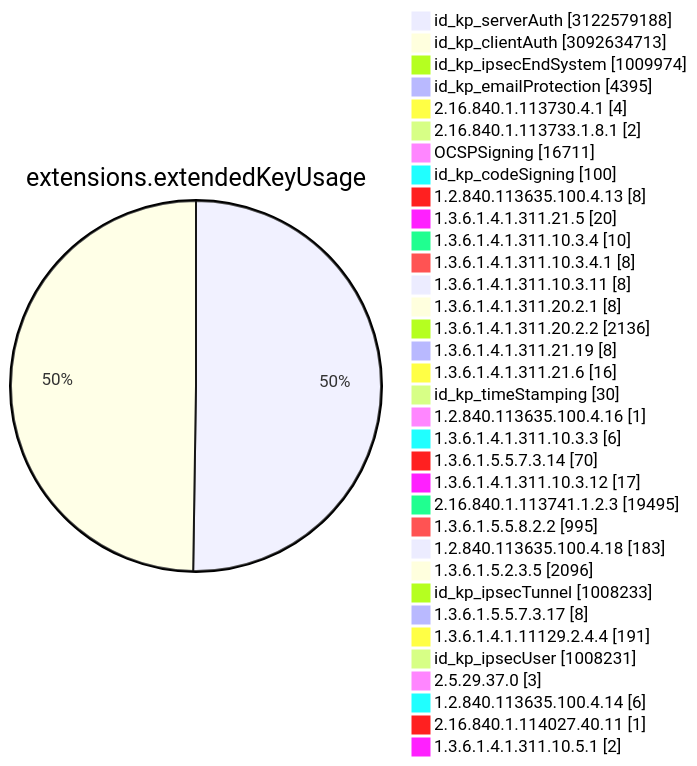
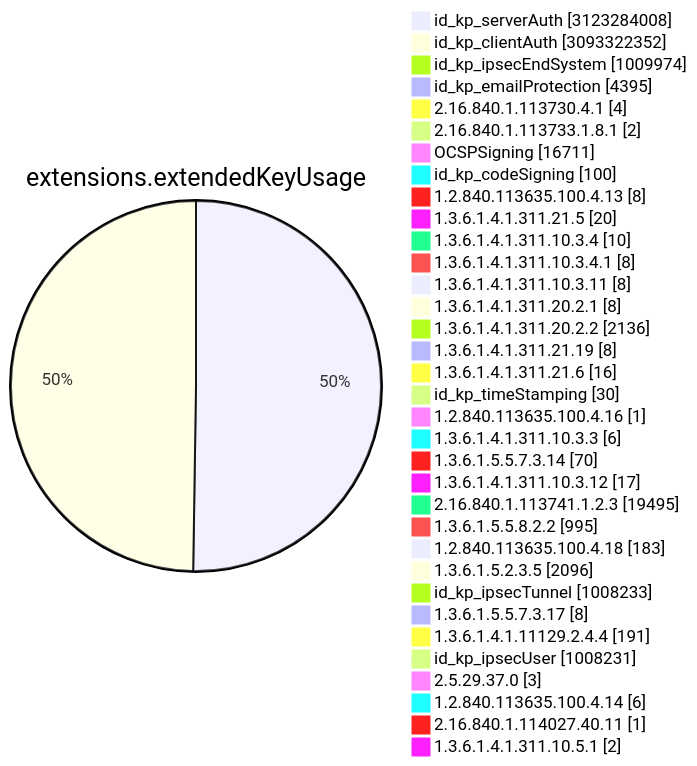
One commit to christiankrug/ctmonitor_visualization changed diagram 11 of 15 in TOTAL/README.md. Above: the diagram before and after it, drawn with Mermaid. The commit also changed other lines of this file, not shown here.

````diff
--- a/TOTAL/README.md
+++ b/TOTAL/README.md
@@ -4119,38 +4119,38 @@
 ```mermaid
 pie showData
 title extensions.extendedKeyUsage
-"id_kp_serverAuth" :3122579188
-"id_kp_clientAuth" :3092634713
+"id_kp_serverAuth" :3123284008
+"id_kp_clientAuth" :3093322352
 "id_kp_ipsecEndSystem" :1009974
 "id_kp_emailProtection" :4395
 "2.16.840.1.113730.4.1" :4
 "2.16.840.1.113733.1.8.1" :2
 "OCSPSigning" :16711
 "id_kp_codeSigning" :100
 "1.2.840.113635.100.4.13" :8
 "1.3.6.1.4.1.311.21.5" :20
 "1.3.6.1.4.1.311.10.3.4" :10
 "1.3.6.1.4.1.311.10.3.4.1" :8
 "1.3.6.1.4.1.311.10.3.11" :8
 "1.3.6.1.4.1.311.20.2.1" :8
 "1.3.6.1.4.1.311.20.2.2" :2136
 "1.3.6.1.4.1.311.21.19" :8
 "1.3.6.1.4.1.311.21.6" :16
 "id_kp_timeStamping" :30
 "1.2.840.113635.100.4.16" :1
 "1.3.6.1.4.1.311.10.3.3" :6
 "1.3.6.1.5.5.7.3.14" :70
 "1.3.6.1.4.1.311.10.3.12" :17
 "2.16.840.1.113741.1.2.3" :19495
 "1.3.6.1.5.5.8.2.2" :995
 "1.2.840.113635.100.4.18" :183
 "1.3.6.1.5.2.3.5" :2096
 "id_kp_ipsecTunnel" :1008233
 "1.3.6.1.5.5.7.3.17" :8
 "1.3.6.1.4.1.11129.2.4.4" :191
 "id_kp_ipsecUser" :1008231
 "2.5.29.37.0" :3
 "1.2.840.113635.100.4.14" :6
 "2.16.840.1.114027.40.11" :1
 "1.3.6.1.4.1.311.10.5.1" :2
 ```
````
